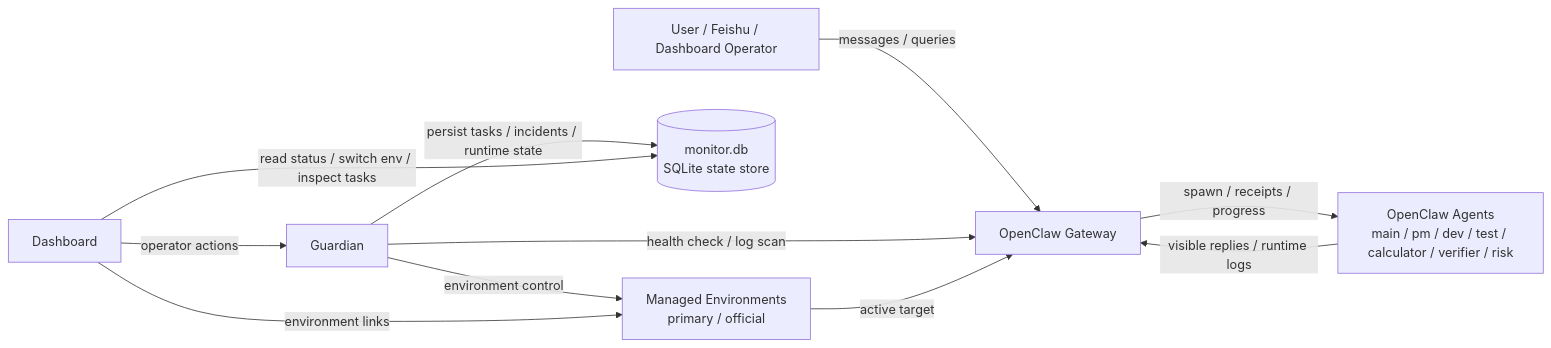
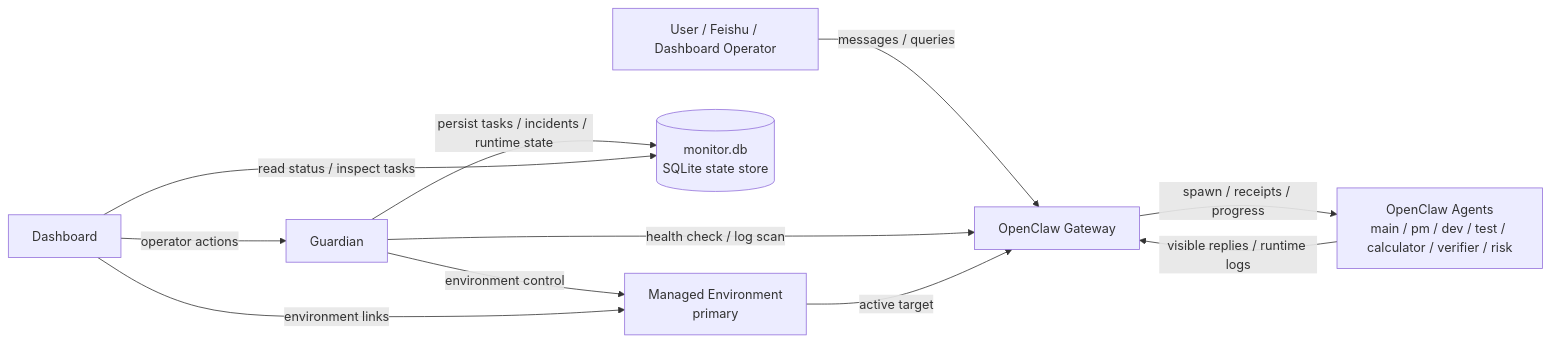
The first of 4 diagrams in docs/architecture.md (DreamOfXM/openclaw-health-monitor), drawn with Mermaid before and after one commit. The commit also changed other lines of this file and 3 other files, not shown here.

````diff
--- a/docs/architecture.md
+++ b/docs/architecture.md
@@ -7,22 +7,22 @@
 ```mermaid
 flowchart LR
     U[User / Feishu / Dashboard Operator]
     G[OpenClaw Gateway]
     A[OpenClaw Agents<br/>main / pm / dev / test / calculator / verifier / risk]
     H[Guardian]
     D[Dashboard]
     S[(monitor.db<br/>SQLite state store)]
-    M[Managed Environments<br/>primary / official]
+    M[Managed Environment<br/>primary]
 
     U -->|messages / queries| G
     G -->|spawn / receipts / progress| A
     A -->|visible replies / runtime logs| G
 
     H -->|health check / log scan| G
     H -->|environment control| M
     H -->|persist tasks / incidents / runtime state| S
-    D -->|read status / switch env / inspect tasks| S
+    D -->|read status / inspect tasks| S
     D -->|operator actions| H
     D -->|environment links| M
     M -->|active target| G
 ```
````
